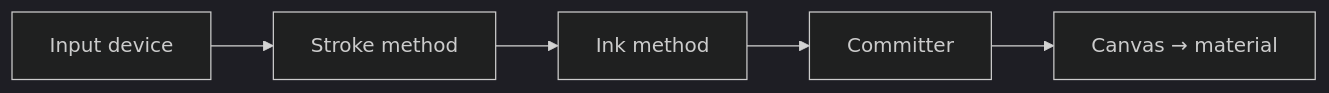
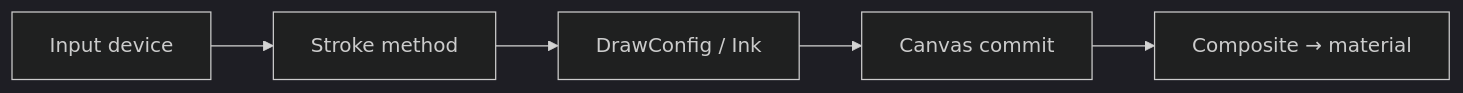
One commit to deepwavegame/deepwavegame.github.io changed the diagram in docs/tools/simple-painter/intro.md. Above: the diagram before and after it, drawn with Mermaid (dark theme). The commit also changed other lines of this file and 12 other files, not shown here.

````diff
--- a/docs/tools/simple-painter/intro.md
+++ b/docs/tools/simple-painter/intro.md
@@ -34,7 +36,7 @@
 ```mermaid
 graph LR
     I["Input device"] --> S["Stroke method"]
-    S --> K["Ink method"]
-    K --> C["Committer"]
-    C --> V["Canvas → material"]
+    S --> K["DrawConfig / Ink"]
+    K --> C["Canvas commit"]
+    C --> V["Composite → material"]
 ```
````
